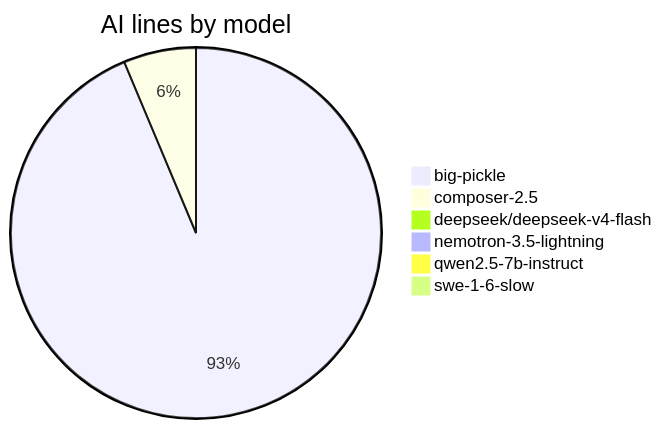
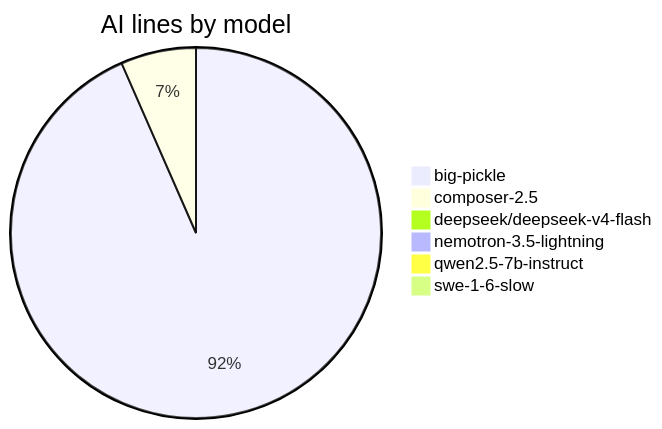
Before and after one commit to CaliMark/game-of-life: the fourth of 5 diagrams in AI-AUTHORSHIP.md, drawn with Mermaid. The commit also changed other lines of this file and 1 other file, not shown here.

````diff
--- a/AI-AUTHORSHIP.md
+++ b/AI-AUTHORSHIP.md
@@ -58,9 +58,9 @@
 ```mermaid
 pie title AI lines by model
-    "big-pickle" : 622
+    "big-pickle" : 597
     "composer-2.5" : 42
     "deepseek/deepseek-v4-flash" : 1
     "nemotron-3.5-lightning" : 1
     "qwen2.5-7b-instruct" : 3
     "swe-1-6-slow" : 2
 ```
````
